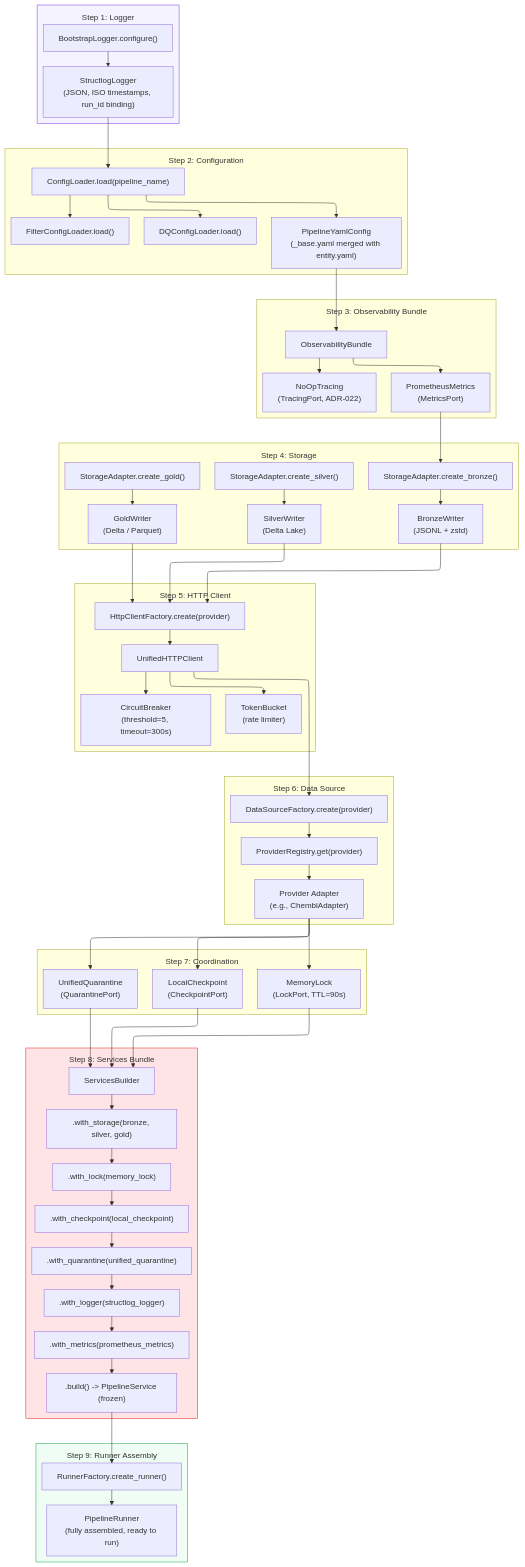
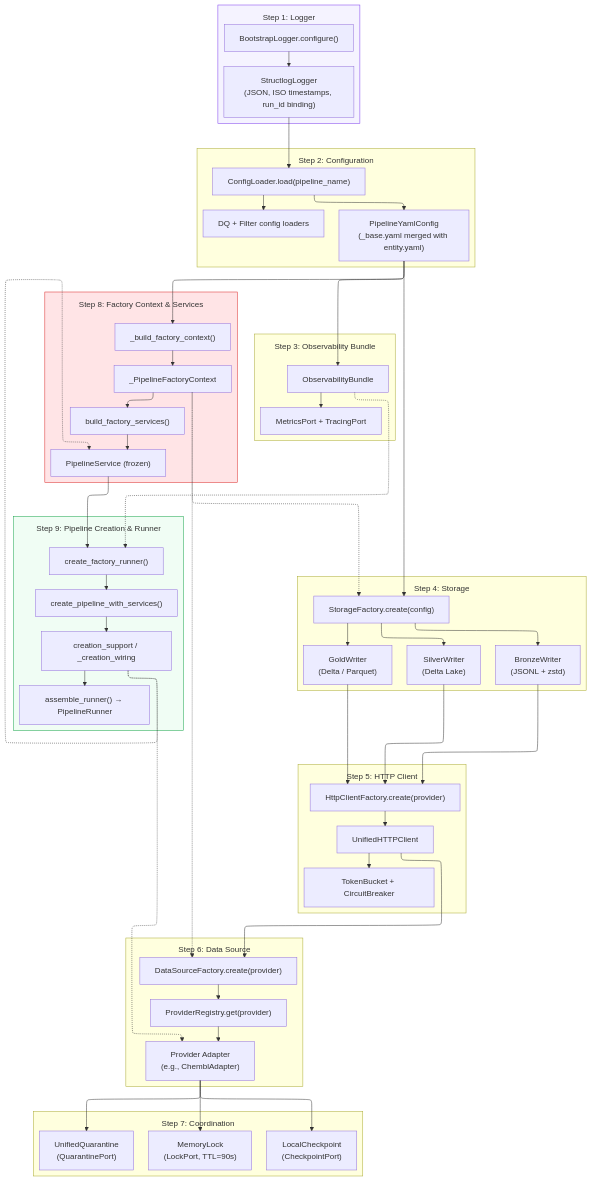
One commit to SatoryKono/BioactivityDataAcquisition changed the diagram in docs/02-architecture/diagrams/foundation/35-bootstrap-sequence.mmd. Above: the diagram before and after it, drawn with Mermaid. The commit also changed 6 other files, not shown here.

First line of the commit message:
Refactor composition & bootstrap diagrams

```diff
--- a/docs/02-architecture/diagrams/foundation/35-bootstrap-sequence.mmd
+++ b/docs/02-architecture/diagrams/foundation/35-bootstrap-sequence.mmd
@@ -1,117 +1,112 @@
 %% Title: Composition Layer Bootstrap Sequence
 %% Covers: RULES.md §1.1 (Composition Root), composition/bootstrap/runtime/
 %% Rank: 10 (Score 8.44) — Step-by-step system assembly
-%% Updated: 2026-03-08
+%% Updated: 2026-03-24
 %% Decomposed views: views/35-bootstrap-sequence-{overview,domain,infra,dataflow,full}.mermaid
 
-%% @version 1.0.0
-%% @date    2026-03-08
+%% @version 1.1.0
+%% @date    2026-03-24
 %% @type    flowchart
 %% @level   Mixed (System / Component / Class)
-%% @nodes   30
+%% @nodes   28
 
 %%{init: {
   'flowchart': {
     'subGraphTitleMargin': { 'top': 12, 'bottom': 12 }
   },
   'layout': 'elk',
   'elk': {
     'mergeEdges': true,
     'nodePlacementStrategy': 'BRANDES_KOEPF',
     'edgeRouting': 'ORTHOGONAL'
   }
 }}%%
 flowchart TB
     subgraph Step1["Step 1: Logger"]
         S1A["BootstrapLogger.configure()"]
         S1B["StructlogLogger<br/>(JSON, ISO timestamps, run_id binding)"]
     end
 
     subgraph Step2["Step 2: Configuration"]
         S2A["ConfigLoader.load(pipeline_name)"]
         S2B["PipelineYamlConfig<br/>(_base.yaml merged with entity.yaml)"]
-        S2C["DQConfigLoader.load()"]
-        S2D["FilterConfigLoader.load()"]
+        S2C["DQ + Filter config loaders"]
     end
 
     subgraph Step3["Step 3: Observability Bundle"]
         S3A["ObservabilityBundle"]
-        S3B["PrometheusMetrics<br/>(MetricsPort)"]
-        S3C["NoOpTracing<br/>(TracingPort, ADR-022)"]
+        S3B["MetricsPort + TracingPort"]
     end
 
     subgraph Step4["Step 4: Storage"]
-        S4A["StorageAdapter.create_bronze()"]
-        S4B["StorageAdapter.create_silver()"]
-        S4C["StorageAdapter.create_gold()"]
-        S4D["BronzeWriter<br/>(JSONL + zstd)"]
-        S4E["SilverWriter<br/>(Delta Lake)"]
-        S4F["GoldWriter<br/>(Delta / Parquet)"]
+        S4A["StorageFactory.create(config)"]
+        S4B["BronzeWriter<br/>(JSONL + zstd)"]
+        S4C["SilverWriter<br/>(Delta Lake)"]
+        S4D["GoldWriter<br/>(Delta / Parquet)"]
     end
 
     subgraph Step5["Step 5: HTTP Client"]
         S5A["HttpClientFactory.create(provider)"]
         S5B["UnifiedHTTPClient"]
-        S5C["TokenBucket<br/>(rate limiter)"]
-        S5D["CircuitBreaker<br/>(threshold=5, timeout=300s)"]
+        S5C["TokenBucket + CircuitBreaker"]
     end
 
     subgraph Step6["Step 6: Data Source"]
         S6A["DataSourceFactory.create(provider)"]
         S6B["ProviderRegistry.get(provider)"]
         S6C["Provider Adapter<br/>(e.g., ChemblAdapter)"]
     end
 
     subgraph Step7["Step 7: Coordination"]
         S7A["MemoryLock<br/>(LockPort, TTL=90s)"]
         S7B["LocalCheckpoint<br/>(CheckpointPort)"]
         S7C["UnifiedQuarantine<br/>(QuarantinePort)"]
     end
 
-    subgraph Step8["Step 8: Services Bundle"]
-        S8A["ServicesBuilder"]
-        S8B[".with_storage(bronze, silver, gold)"]
-        S8C[".with_lock(memory_lock)"]
-        S8D[".with_checkpoint(local_checkpoint)"]
-        S8E[".with_quarantine(unified_quarantine)"]
-        S8F[".with_logger(structlog_logger)"]
-        S8G[".with_metrics(prometheus_metrics)"]
-        S8H[".build() -> PipelineService (frozen)"]
+    subgraph Step8["Step 8: Factory Context & Services"]
+        S8A["_build_factory_context()"]
+        S8B["_PipelineFactoryContext"]
+        S8C["build_factory_services()"]
+        S8D["PipelineService (frozen)"]
     end
 
-    subgraph Step9["Step 9: Runner Assembly"]
-        S9A["RunnerFactory.create_runner()"]
-        S9B["PipelineRunner<br/>(fully assembled, ready to run)"]
+    subgraph Step9["Step 9: Pipeline Creation & Runner"]
+        S9A["create_factory_runner()"]
+        S9B["create_pipeline_with_services()"]
+        S9C["creation_support / _creation_wiring"]
+        S9D["assemble_runner() → PipelineRunner"]
     end
 
     %% Flow
     S1A --> S1B
     S1B --> S2A
-    S2A --> S2B
-    S2A --> S2C & S2D
+    S2A --> S2B & S2C
     S2B --> S3A
-    S3A --> S3B & S3C
-    S3B --> S4A
-    S4A --> S4D
-    S4B --> S4E
-    S4C --> S4F
-    S4D & S4E & S4F --> S5A
+    S3A --> S3B
+    S2B --> S4A
+    S4A --> S4B & S4C & S4D
+    S4B & S4C & S4D --> S5A
     S5A --> S5B
-    S5B --> S5C & S5D
+    S5B --> S5C
     S5B --> S6A
     S6A --> S6B --> S6C
     S6C --> S7A & S7B & S7C
-    S7A & S7B & S7C --> S8A
-    S8A --> S8B --> S8C --> S8D --> S8E --> S8F --> S8G --> S8H
-    S8H --> S9A --> S9B
+    S2B --> S8A
+    S8A --> S8B --> S8C --> S8D
+    S8B -.-> S6A
+    S8B -.-> S4A
+    S3A -.-> S9A
+    S8D --> S9A --> S9B --> S9C --> S9D
+    S9C -.-> S8D
+    S9C -.-> S6C
 
     %% Styling
     style Step1 fill:#f5f3ff,stroke:#7c3aed
     style Step8 fill:#ffe4e6,stroke:#dc2626
     style Step9 fill:#f0fdf4,stroke:#16a34a
 
     classDef port fill:#f5f3ff,stroke:#7c3aed,stroke-width:1px,color:#111827;
     classDef adapter fill:#fff1f2,stroke:#dc2626,stroke-width:1px,color:#111827;
     classDef service fill:#eff6ff,stroke:#2563eb,stroke-width:1px,color:#111827;
     classDef process fill:#f0fdf4,stroke:#16a34a,stroke-width:1px,color:#111827;
     classDef storage fill:#fff7ed,stroke:#f59e0b,stroke-width:1px,color:#111827;
```
